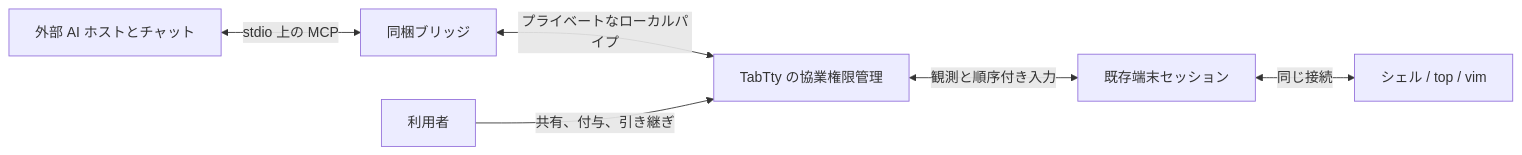
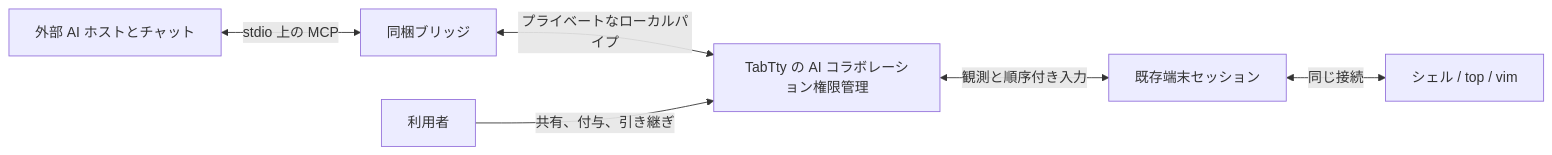
One commit to TabTty/TabTty changed the diagram in docs/specification/ai-collaboration-ja-jp.md. Above: the diagram before and after it, drawn with Mermaid. The commit also changed other lines of this file and 10 other files, not shown here.

````diff
--- a/docs/specification/ai-collaboration-ja-jp.md
+++ b/docs/specification/ai-collaboration-ja-jp.md
@@ -17,8 +17,8 @@
 ```mermaid
 flowchart LR
     Host[外部 AI ホストとチャット] <-->|stdio 上の MCP| Bridge[同梱ブリッジ]
-    Bridge <-->|プライベートなローカルパイプ| GUI[TabTty の協業権限管理]
+    Bridge <-->|プライベートなローカルパイプ| GUI[TabTty の AI コラボレーション権限管理]
     Human[利用者] -->|共有、付与、引き継ぎ| GUI
     GUI <-->|観測と順序付き入力| Session[既存端末セッション]
     Session <-->|同じ接続| Peer[シェル / top / vim]
 ```
````
